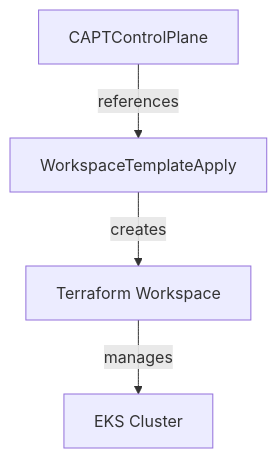
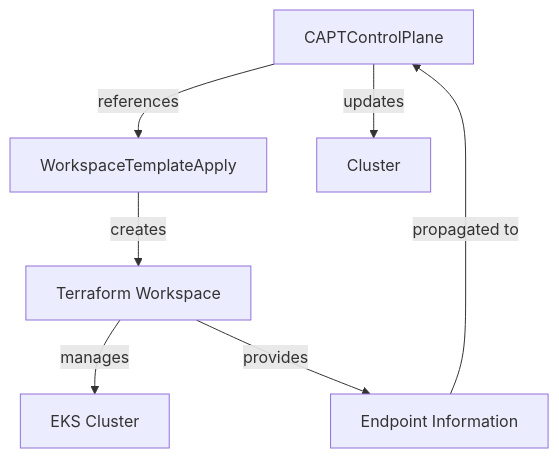
Before and after one commit to appthrust/capt: the first of 2 diagrams in docs/design/controlplane/controlplane-status-management.md, drawn with Mermaid. The commit also changed other lines of this file and 5 other files, not shown here.

````diff
--- a/docs/design/controlplane/controlplane-status-management.md
+++ b/docs/design/controlplane/controlplane-status-management.md
@@ -39,6 +43,9 @@
 ```mermaid
 graph TD
     A[CAPTControlPlane] -->|references| B[WorkspaceTemplateApply]
     B -->|creates| C[Terraform Workspace]
     C -->|manages| D[EKS Cluster]
+    C -->|provides| E[Endpoint Information]
+    E -->|propagated to| A
+    A -->|updates| F[Cluster]
 ```
````
